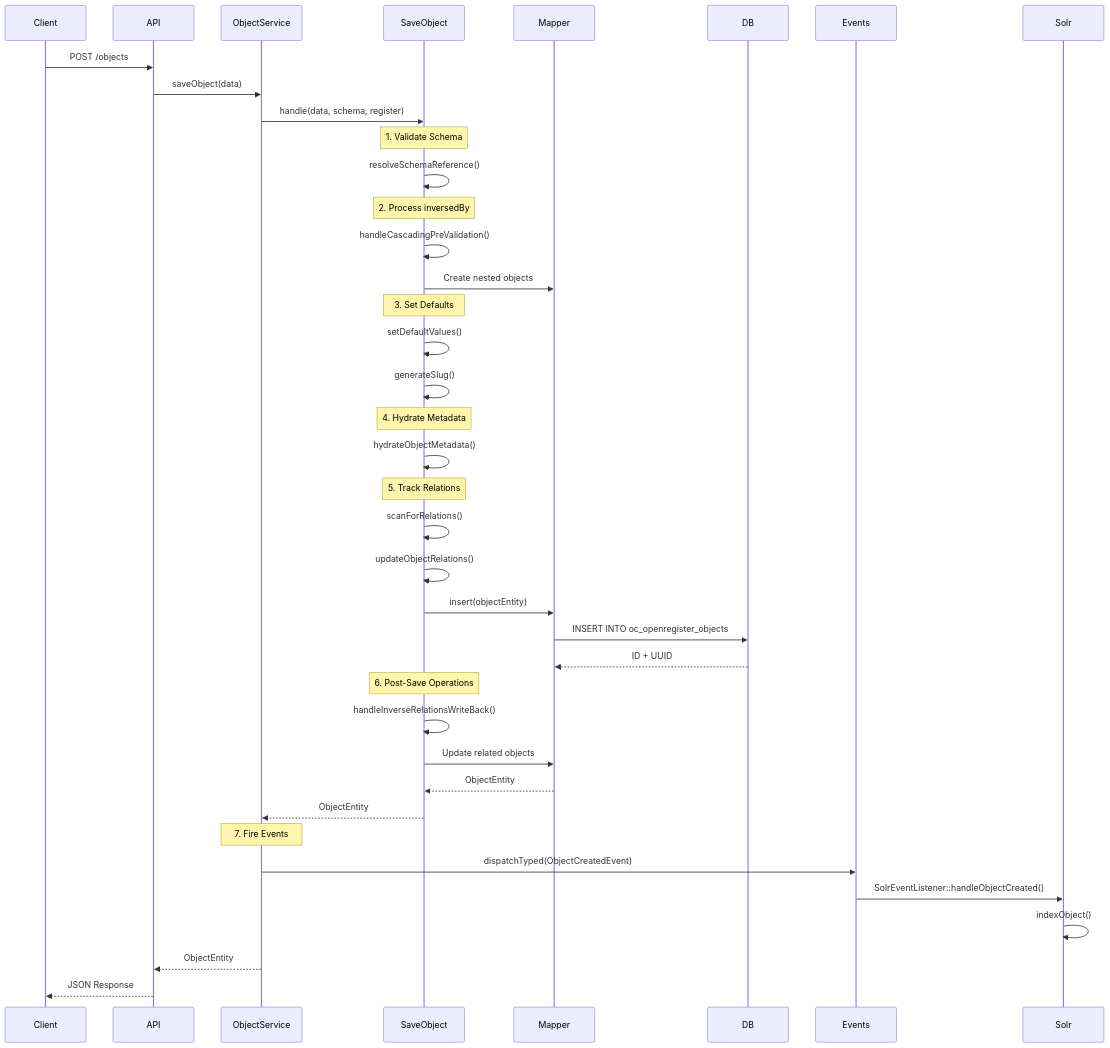
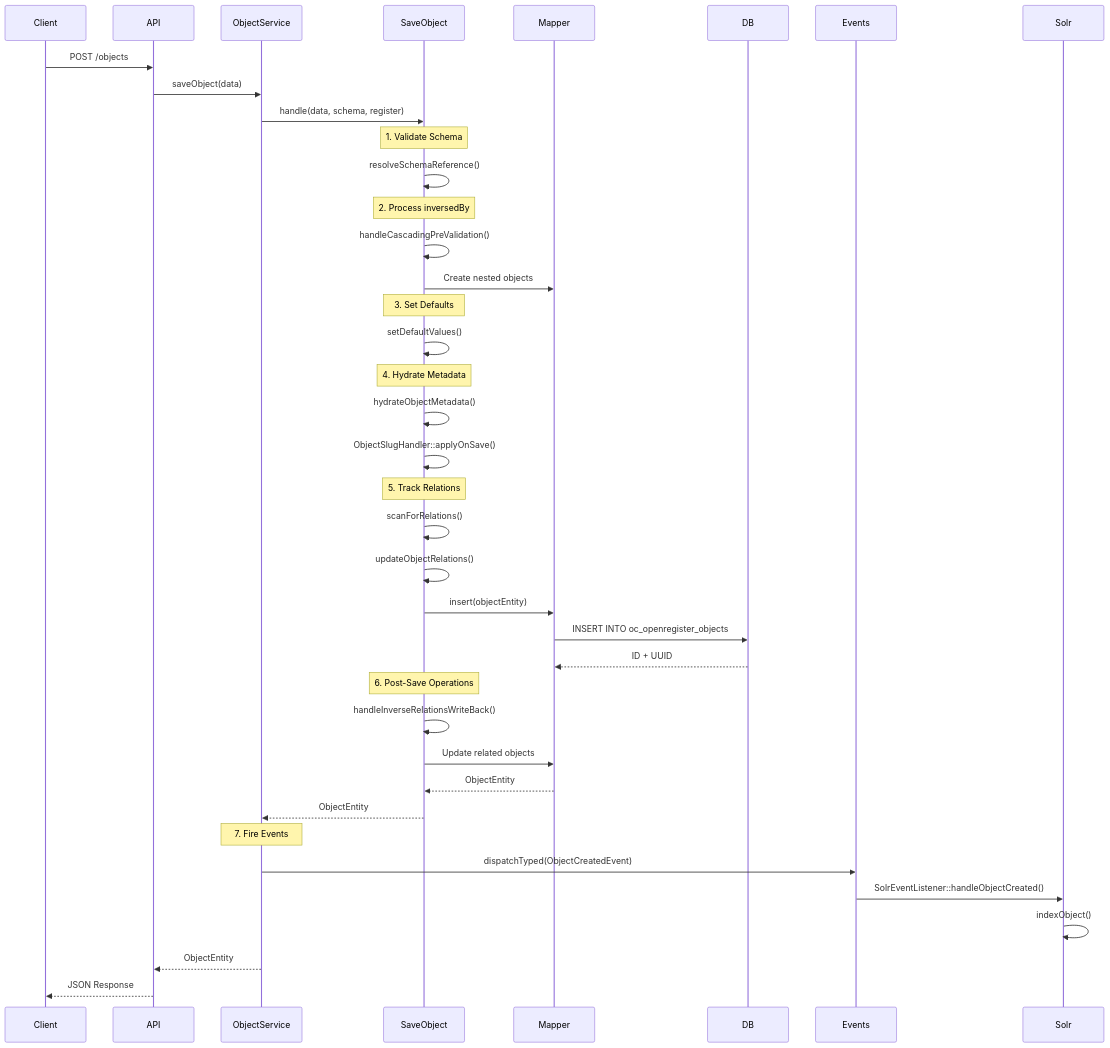
One commit to ConductionNL/openregister changed the fifth of 9 diagrams in docs/Features/objects.md. Above: the diagram before and after it, drawn with Mermaid. The commit also changed 13 other files, not shown here.

First line of the commit message:
test(objects): cover the object-slug rules, docs and changelog for #4037

````diff
--- a/docs/Features/objects.md
+++ b/docs/Features/objects.md
@@ -1261,53 +1261,53 @@
 ```mermaid
 sequenceDiagram
     participant Client
     participant API
     participant ObjectService
     participant SaveObject
     participant Mapper
     participant DB
     participant Events
     participant Solr
     
     Client->>API: POST /objects
     API->>ObjectService: saveObject(data)
     
     ObjectService->>SaveObject: handle(data, schema, register)
     
     Note over SaveObject: 1. Validate Schema
     SaveObject->>SaveObject: resolveSchemaReference()
     
     Note over SaveObject: 2. Process inversedBy
     SaveObject->>SaveObject: handleCascadingPreValidation()
     SaveObject->>Mapper: Create nested objects
     
     Note over SaveObject: 3. Set Defaults
     SaveObject->>SaveObject: setDefaultValues()
-    SaveObject->>SaveObject: generateSlug()
     
     Note over SaveObject: 4. Hydrate Metadata
     SaveObject->>SaveObject: hydrateObjectMetadata()
+    SaveObject->>SaveObject: ObjectSlugHandler::applyOnSave()
     
     Note over SaveObject: 5. Track Relations
     SaveObject->>SaveObject: scanForRelations()
     SaveObject->>SaveObject: updateObjectRelations()
     
     SaveObject->>Mapper: insert(objectEntity)
     Mapper->>DB: INSERT INTO oc_openregister_objects
     DB-->>Mapper: ID + UUID
     
     Note over SaveObject: 6. Post-Save Operations
     SaveObject->>SaveObject: handleInverseRelationsWriteBack()
     SaveObject->>Mapper: Update related objects
     
     Mapper-->>SaveObject: ObjectEntity
     SaveObject-->>ObjectService: ObjectEntity
     
     Note over ObjectService: 7. Fire Events
     ObjectService->>Events: dispatchTyped(ObjectCreatedEvent)
     Events->>Solr: SolrEventListener::handleObjectCreated()
     Solr->>Solr: indexObject()
     
     ObjectService-->>API: ObjectEntity
     API-->>Client: JSON Response
 ```
````
